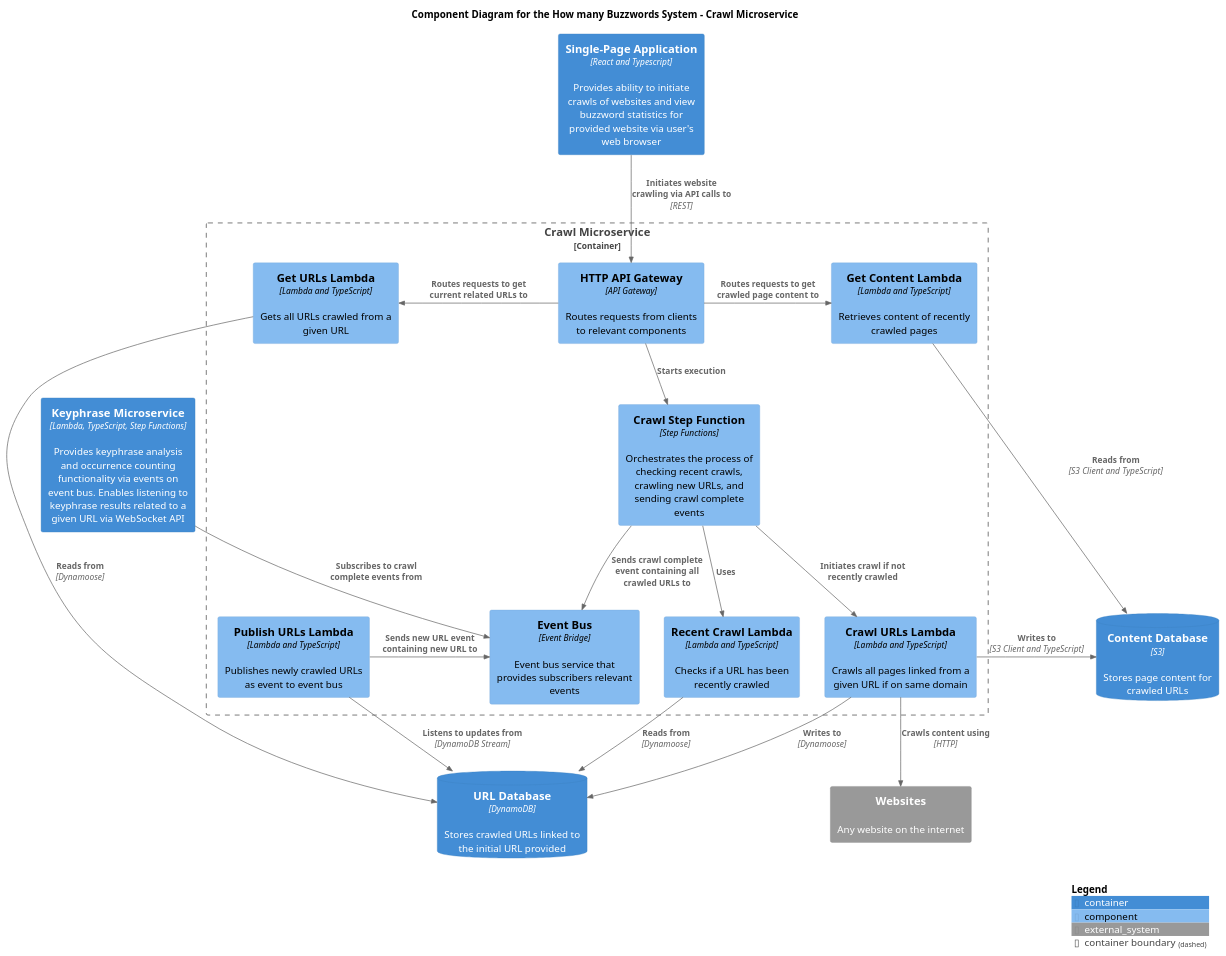
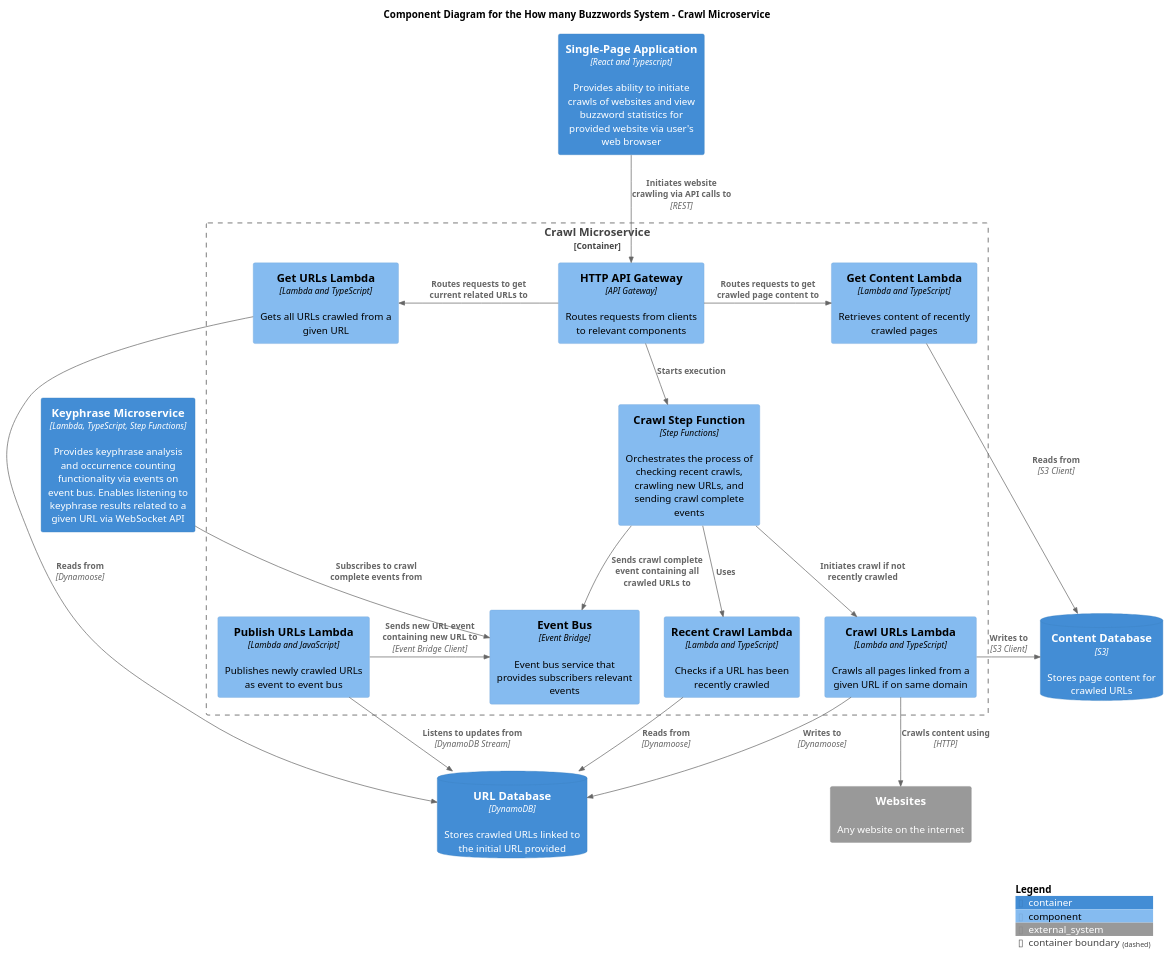
Before and after one commit to ashley-evans/how-many-buzzwords: the diagram in docs/c4-diagrams/buzzword-c4-component-crawl-microservice.puml, drawn with PlantUML. The commit also changed 2 other files, not shown here.

Commit message:
Update component and container diagrams to remove redundant text and improve readability

```diff
--- a/docs/c4-diagrams/buzzword-c4-component-crawl-microservice.puml
+++ b/docs/c4-diagrams/buzzword-c4-component-crawl-microservice.puml
@@ -1,53 +1,53 @@
 @startuml Buzzword C4 Component Diagram
 
 !include https://raw.githubusercontent.com/plantuml-stdlib/C4-PlantUML/master/C4_Component.puml
 
 title Component Diagram for the How many Buzzwords System - Crawl Microservice
 
 Container(single_page_application, "Single-Page Application", "React and Typescript", $descr="Provides ability to initiate crawls of websites and view buzzword statistics for provided website via user's web browser")
 Container(keyphrase_microservice, "Keyphrase Microservice", "Lambda, TypeScript, Step Functions", "Provides keyphrase analysis and occurrence counting functionality via events on event bus. Enables listening to keyphrase results related to a given URL via WebSocket API")
 
 Container_Boundary(crawl_microservice_boundary, "Crawl Microservice") {
     Component(api_gateway, "HTTP API Gateway", "API Gateway", "Routes requests from clients to relevant components")
     Component(step_function, "Crawl Step Function", "Step Functions", "Orchestrates the process of checking recent crawls, crawling new URLs, and sending crawl complete events")
     Component(recent_crawl_lambda, "Recent Crawl Lambda", "Lambda and TypeScript", "Checks if a URL has been recently crawled")
     Component(crawl_urls_lambda, "Crawl URLs Lambda", "Lambda and TypeScript", "Crawls all pages linked from a given URL if on same domain")
     Component(get_content_lambda, "Get Content Lambda", "Lambda and TypeScript", "Retrieves content of recently crawled pages")
     Component(get_urls_lambda, "Get URLs Lambda", "Lambda and TypeScript", "Gets all URLs crawled from a given URL")
-    Component(publish_urls_lambda, "Publish URLs Lambda", "Lambda and TypeScript", "Publishes newly crawled URLs as event to event bus")
+    Component(publish_urls_lambda, "Publish URLs Lambda", "Lambda and JavaScript", "Publishes newly crawled URLs as event to event bus")
     Component(event_bus, "Event Bus", "Event Bridge", "Event bus service that provides subscribers relevant events")
 }
 
 ContainerDb(url_db, "URL Database", "DynamoDB", $descr="Stores crawled URLs linked to the initial URL provided")
 ContainerDb(content_db, "Content Database", "S3", $descr="Stores page content for crawled URLs")
 
 System_Ext(websites, "Websites", "Any website on the internet")
 
 Rel(single_page_application, api_gateway, "Initiates website crawling via API calls to", "REST")
 
 Rel(api_gateway, step_function, "Starts execution")
 Rel_L(api_gateway, get_urls_lambda, "Routes requests to get current related URLs to")
 Rel_R(api_gateway, get_content_lambda, "Routes requests to get crawled page content to")
 
 Rel(step_function, recent_crawl_lambda, "Uses")
 Rel(step_function, crawl_urls_lambda, "Initiates crawl if not recently crawled")
 Rel(step_function, event_bus, "Sends crawl complete event containing all crawled URLs to")
 
 Rel(recent_crawl_lambda, url_db, "Reads from", "Dynamoose")
 
 Rel(crawl_urls_lambda, url_db, "Writes to", "Dynamoose")
-Rel_R(crawl_urls_lambda, content_db, "Writes to", "S3 Client and TypeScript")
+Rel_R(crawl_urls_lambda, content_db, "Writes to", "S3 Client")
 Rel_D(crawl_urls_lambda, websites, "Crawls content using", "HTTP")
 
 Rel(get_urls_lambda, url_db, "Reads from", "Dynamoose")
 
-Rel(get_content_lambda, content_db, "Reads from", "S3 Client and TypeScript")
+Rel(get_content_lambda, content_db, "Reads from", "S3 Client")
 
 Rel_U(publish_urls_lambda, url_db, "Listens to updates from", "DynamoDB Stream")
-Rel_R(publish_urls_lambda, event_bus, "Sends new URL event containing new URL to")
+Rel_R(publish_urls_lambda, event_bus, "Sends new URL event containing new URL to", "Event Bridge Client")
 
 Rel(keyphrase_microservice, event_bus, "Subscribes to crawl complete events from")
 
 SHOW_LEGEND()
 
 @enduml
```
